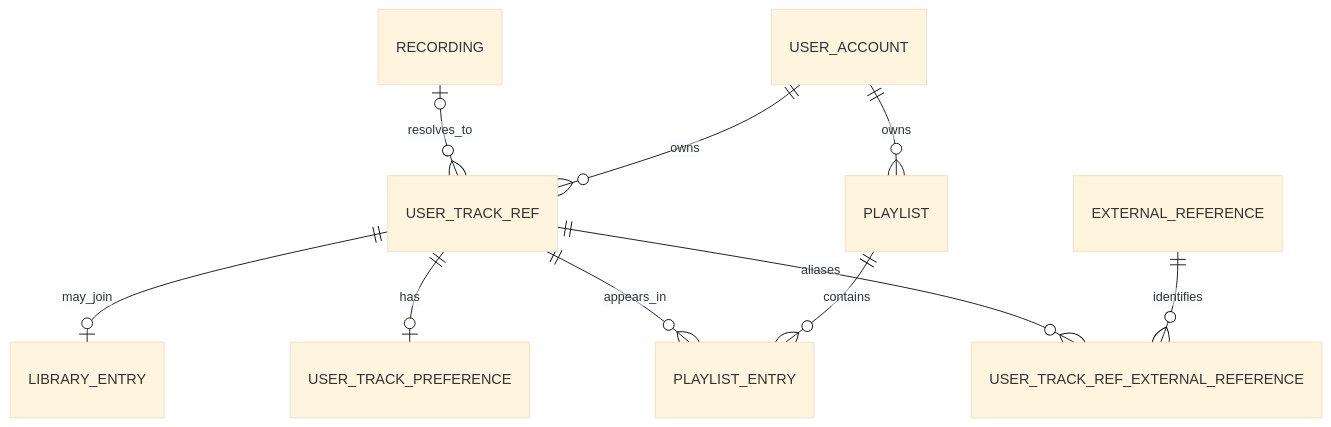
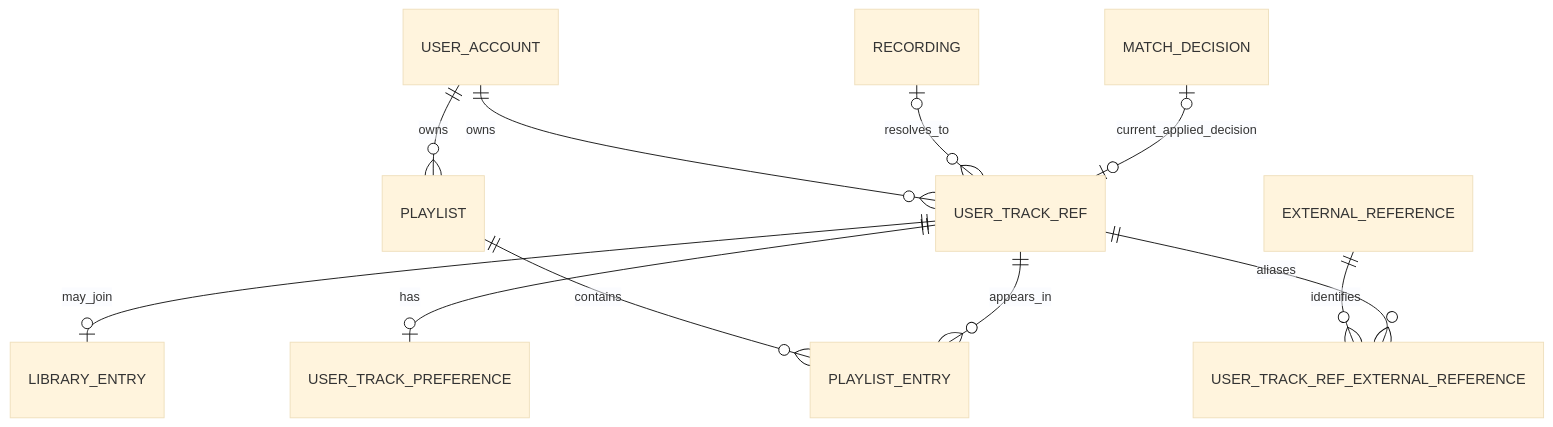
Before and after one commit to Dakstar-cool/AutPlay: the fifth of 9 diagrams in docs/design/AutPlay ER Model v1.md, drawn with Mermaid (base theme). The commit also changed other lines of this file and 11 other files, not shown here.

````diff
--- a/docs/design/AutPlay ER Model v1.md
+++ b/docs/design/AutPlay ER Model v1.md
@@ -497,12 +503,13 @@
 ```mermaid
 erDiagram
     USER_ACCOUNT ||--o{ USER_TRACK_REF : owns
     RECORDING o|--o{ USER_TRACK_REF : resolves_to
     USER_TRACK_REF ||--o| LIBRARY_ENTRY : may_join
     USER_TRACK_REF ||--o| USER_TRACK_PREFERENCE : has
     USER_ACCOUNT ||--o{ PLAYLIST : owns
     PLAYLIST ||--o{ PLAYLIST_ENTRY : contains
     USER_TRACK_REF ||--o{ PLAYLIST_ENTRY : appears_in
     EXTERNAL_REFERENCE ||--o{ USER_TRACK_REF_EXTERNAL_REFERENCE : identifies
     USER_TRACK_REF ||--o{ USER_TRACK_REF_EXTERNAL_REFERENCE : aliases
+    MATCH_DECISION o|--o| USER_TRACK_REF : current_applied_decision
 ```
````
